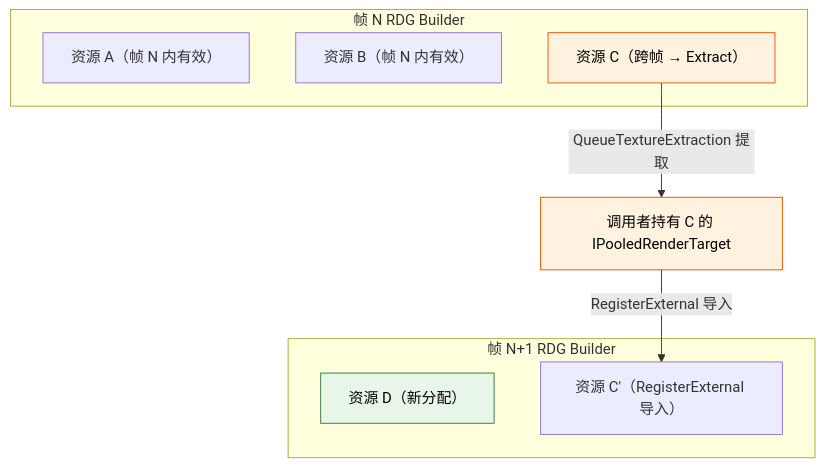
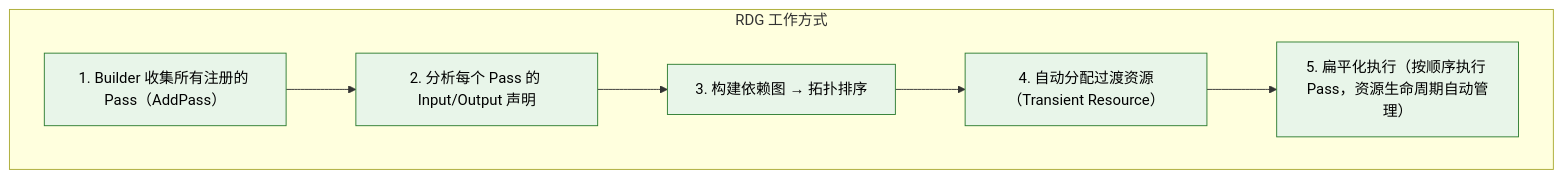
One commit to MotionlessPeri/agent_coding_guidelines changed the sixth of 7 diagrams in references/ue-rendering/card-01-pipeline-overview.md. Above: the diagram before and after it, drawn with Mermaid. The commit also changed other lines of this file and 8 other files, not shown here.

````diff
--- a/references/ue-rendering/card-01-pipeline-overview.md
+++ b/references/ue-rendering/card-01-pipeline-overview.md
@@ -360,18 +305,14 @@
 ```mermaid
 flowchart TB
-    subgraph FN["帧 N RDG Builder"]
-        A["资源 A（帧 N 内有效）"]
-        B["资源 B（帧 N 内有效）"]
-        C["资源 C（跨帧 → Extract）"]
+    subgraph Step["RDG 工作方式"]
+        A["1. Builder 收集所有注册的 Pass（AddPass）"]
+        B["2. 分析每个 Pass 的 Input/Output 声明"]
+        C["3. 构建依赖图 → 拓扑排序"]
+        D["4. 自动分配过渡资源（Transient Resource）"]
+        E["5. 扁平化执行（按顺序执行 Pass，资源生命周期自动管理）"]
+        A --> B --> C --> D --> E
     end
-    C -->|"QueueTextureExtraction 提取"| D["调用者持有 C 的 IPooledRenderTarget"]
-    subgraph FN1["帧 N+1 RDG Builder"]
-        E["资源 D（新分配）"]
-        F["资源 C'（RegisterExternal 导入）"]
-    end
-    D -->|"RegisterExternal 导入"| F
-    classDef extract fill:#fff3e0,stroke:#e65100,color:#000
-    class C,D extract
-    classDef fresh fill:#e8f5e9,stroke:#2e7d32,color:#000
-    class E fresh
+
+    classDef step fill:#e8f5e9,stroke:#2e7d32,color:#000
+    class A,B,C,D,E step
 ```
````
